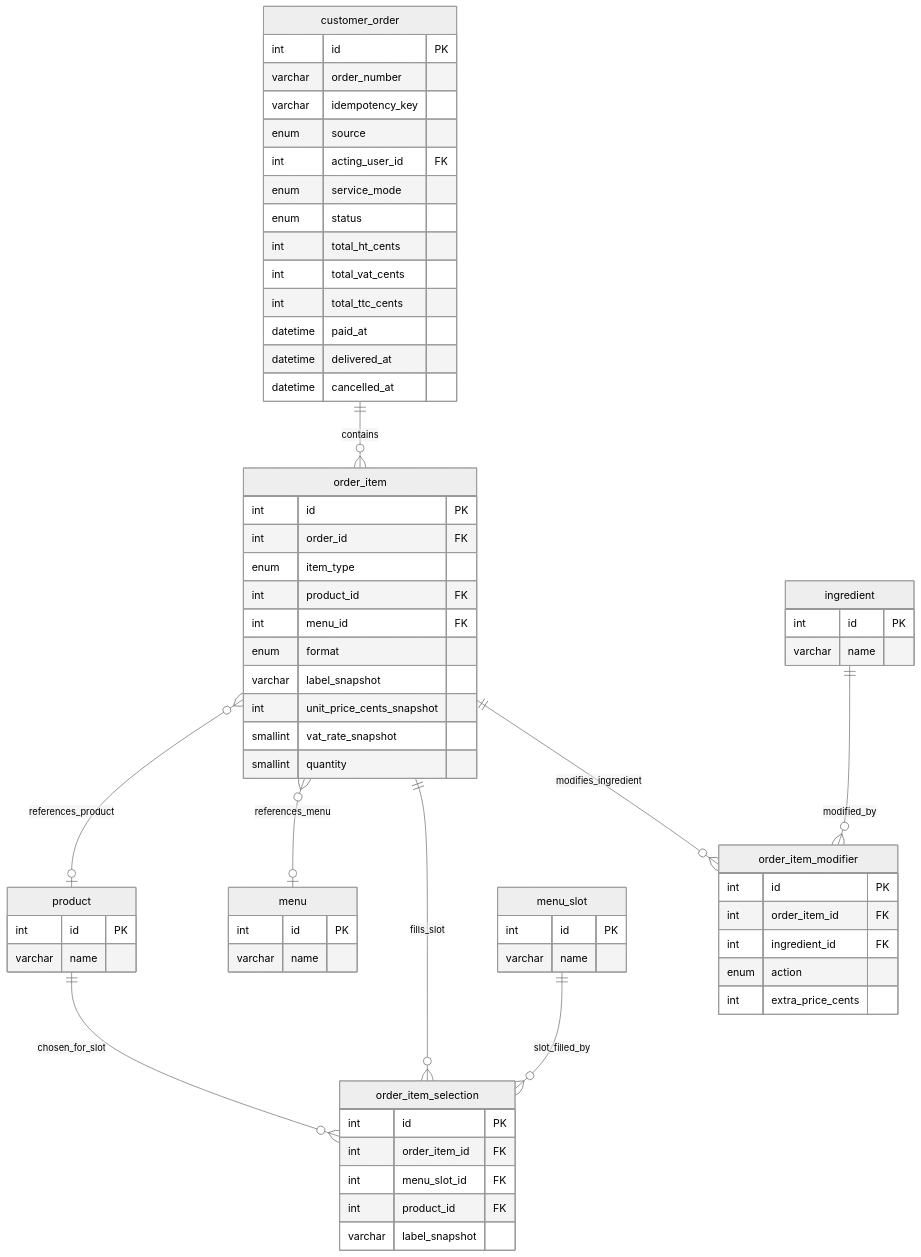
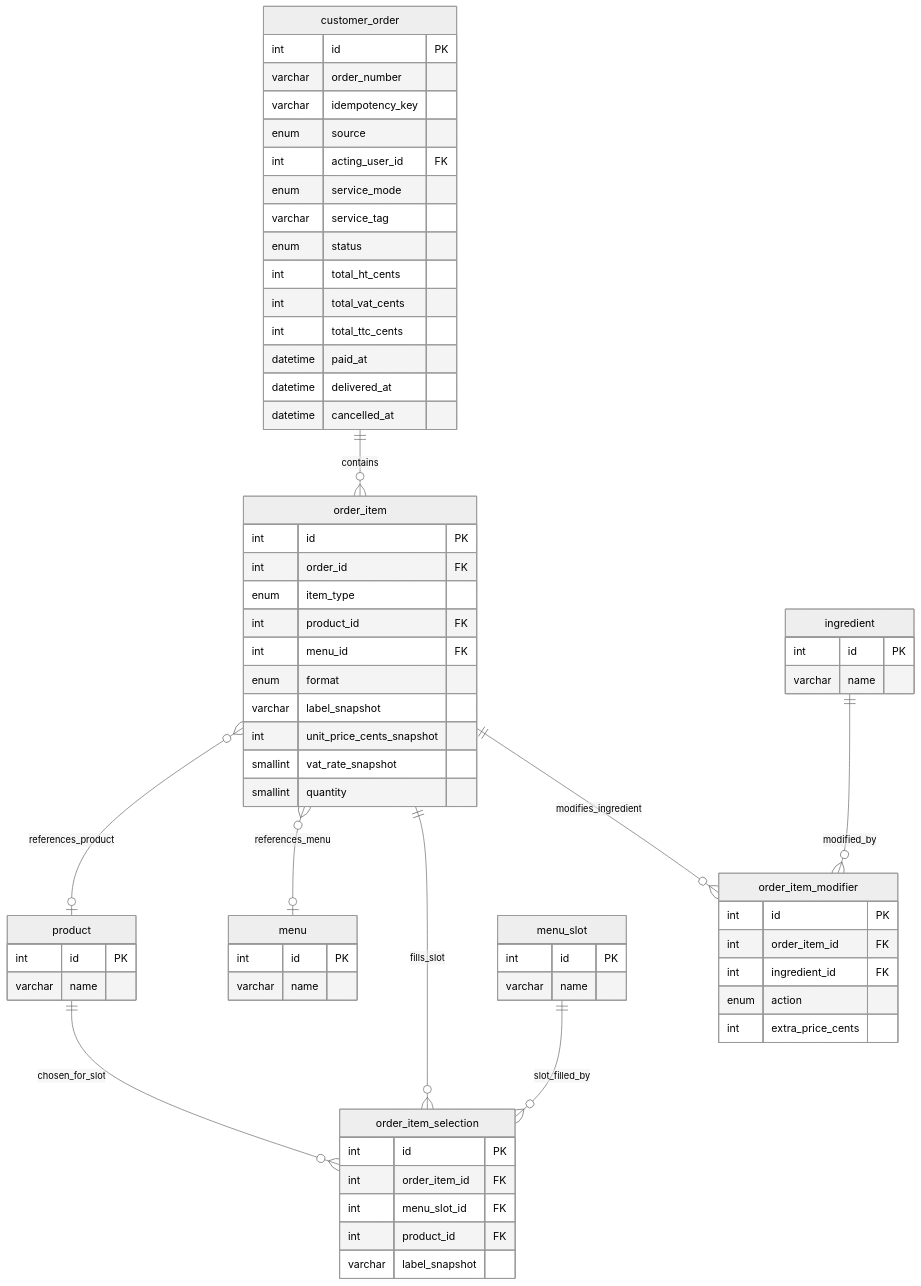
One commit to AcadeNice/wakdo_corentin changed the third of 4 diagrams in docs/merise/mcd.md. Above: the diagram before and after it, drawn with Mermaid (neutral theme). The commit also changed other lines of this file and 11 other files, not shown here.

````diff
--- a/docs/merise/mcd.md
+++ b/docs/merise/mcd.md
@@ -271,69 +285,70 @@
 ```mermaid
 erDiagram
     customer_order {
         int id PK
         varchar order_number
         varchar idempotency_key
         enum source
         int acting_user_id FK
         enum service_mode
+        varchar service_tag
         enum status
         int total_ht_cents
         int total_vat_cents
         int total_ttc_cents
         datetime paid_at
         datetime delivered_at
         datetime cancelled_at
     }
     order_item {
         int id PK
         int order_id FK
         enum item_type
         int product_id FK
         int menu_id FK
         enum format
         varchar label_snapshot
         int unit_price_cents_snapshot
         smallint vat_rate_snapshot
         smallint quantity
     }
     order_item_selection {
         int id PK
         int order_item_id FK
         int menu_slot_id FK
         int product_id FK
         varchar label_snapshot
     }
     order_item_modifier {
         int id PK
         int order_item_id FK
         int ingredient_id FK
         enum action
         int extra_price_cents
     }
     product {
         int id PK
         varchar name
     }
     menu {
         int id PK
         varchar name
     }
     menu_slot {
         int id PK
         varchar name
     }
     ingredient {
         int id PK
         varchar name
     }
 
     customer_order ||--o{ order_item : "contains"
     order_item }o--o| product : "references_product"
     order_item }o--o| menu : "references_menu"
     order_item ||--o{ order_item_selection : "fills_slot"
     order_item ||--o{ order_item_modifier : "modifies_ingredient"
     menu_slot ||--o{ order_item_selection : "slot_filled_by"
     product ||--o{ order_item_selection : "chosen_for_slot"
     ingredient ||--o{ order_item_modifier : "modified_by"
 ```
````
